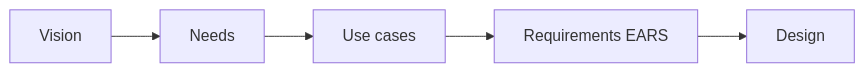
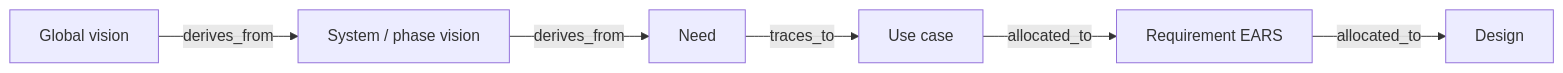
The diagram in content/modules/se-01-what-is-se.md (TomRathbun/ciss_se_capstone), drawn with Mermaid before and after one commit. The commit also changed other lines of this file and 22 other files, not shown here.

````diff
--- a/content/modules/se-01-what-is-se.md
+++ b/content/modules/se-01-what-is-se.md
@@ -30,7 +58,8 @@
 ```mermaid
 flowchart LR
-    V[Vision] --> N[Needs]
-    N --> U[Use cases]
-    U --> R[Requirements EARS]
-    R --> D[Design]
+    GV[Global vision] -->|derives_from| V[System / phase vision]
+    V -->|derives_from| N[Need]
+    N -->|traces_to| U[Use case]
+    U -->|allocated_to| R[Requirement EARS]
+    R -->|allocated_to| D[Design]
 ```
````
